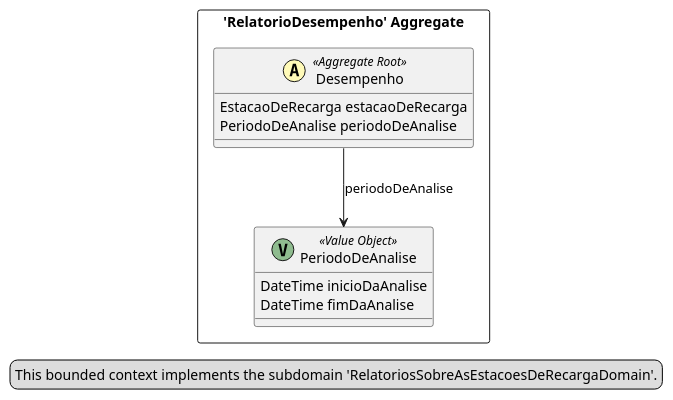
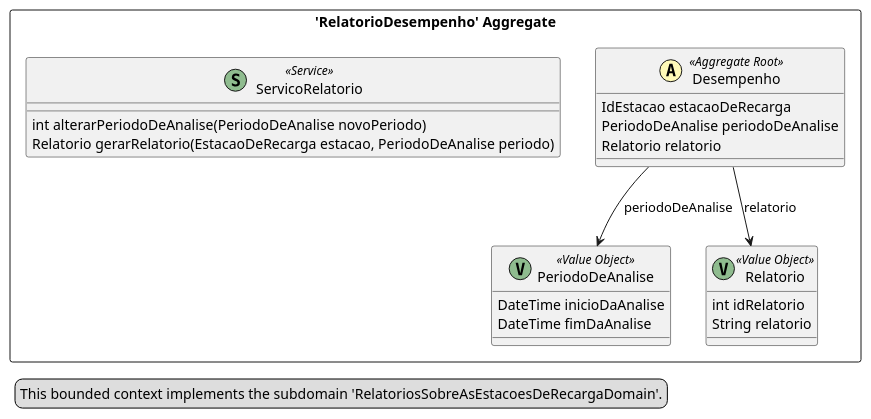
One commit to diegopluna/fds2 changed the diagram in src-gen/model_BC_RelatoriosSobreAsEstacoesDeRecargaContext.puml. Above: the diagram before and after it, drawn with PlantUML. The commit also changed 17 other files, not shown here.

```diff
--- a/src-gen/model_BC_RelatoriosSobreAsEstacoesDeRecargaContext.puml
+++ b/src-gen/model_BC_RelatoriosSobreAsEstacoesDeRecargaContext.puml
@@ -1,21 +1,31 @@
 @startuml
 
 skinparam componentStyle uml2
 
 package "'RelatorioDesempenho' Aggregate" <<Rectangle>> {
 	class Desempenho <<(A,#fffab8) Aggregate Root>> {
-		EstacaoDeRecarga estacaoDeRecarga
+		IdEstacao estacaoDeRecarga
 		PeriodoDeAnalise periodoDeAnalise
+		Relatorio relatorio
 	}
 	class PeriodoDeAnalise <<(V,DarkSeaGreen) Value Object>> {
 		DateTime inicioDaAnalise
 		DateTime fimDaAnalise
 	}
+	class Relatorio <<(V,DarkSeaGreen) Value Object>> {
+		int idRelatorio
+		String relatorio
+	}
+	class ServicoRelatorio <<(S,DarkSeaGreen) Service>> {
+		int alterarPeriodoDeAnalise(PeriodoDeAnalise novoPeriodo)
+		Relatorio gerarRelatorio(EstacaoDeRecarga estacao, PeriodoDeAnalise periodo)
+	}
 }
+Desempenho --> Relatorio : relatorio
 Desempenho --> PeriodoDeAnalise : periodoDeAnalise
 legend left
   This bounded context implements the subdomain 'RelatoriosSobreAsEstacoesDeRecargaDomain'.
 end legend
 
 
 @enduml
```
